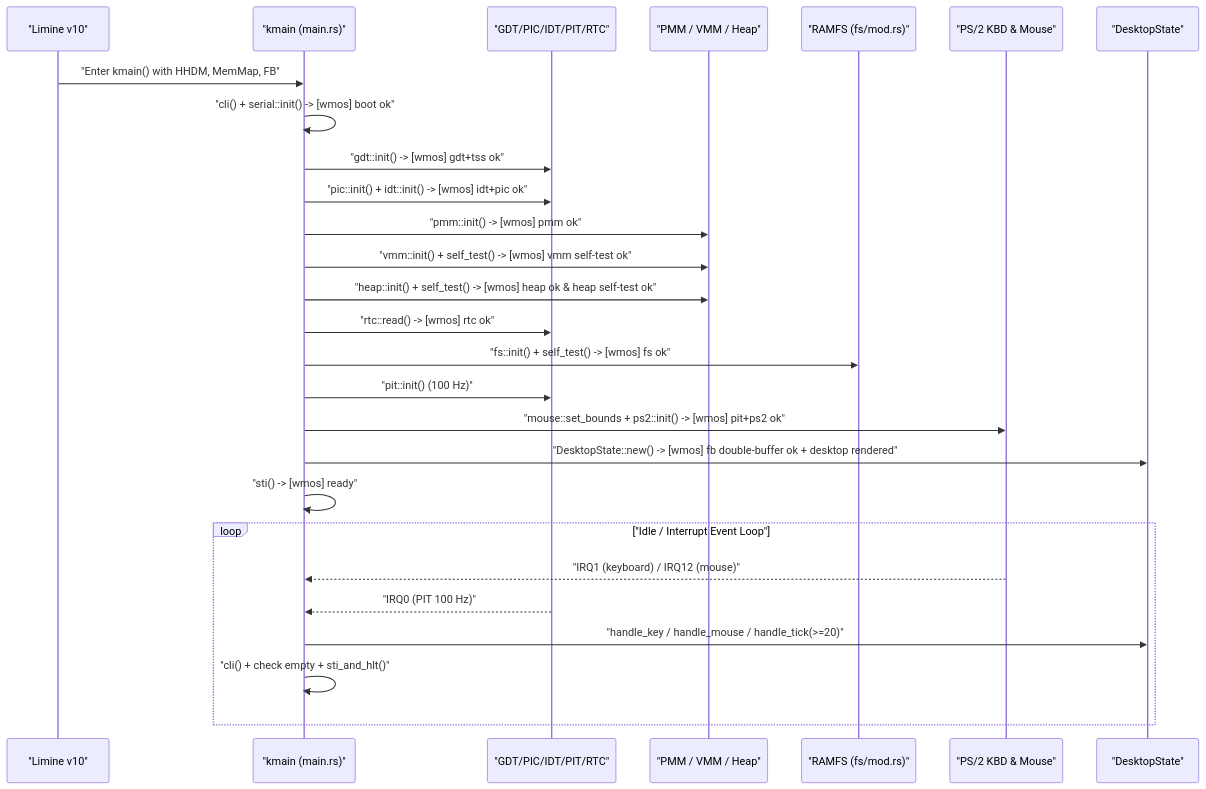
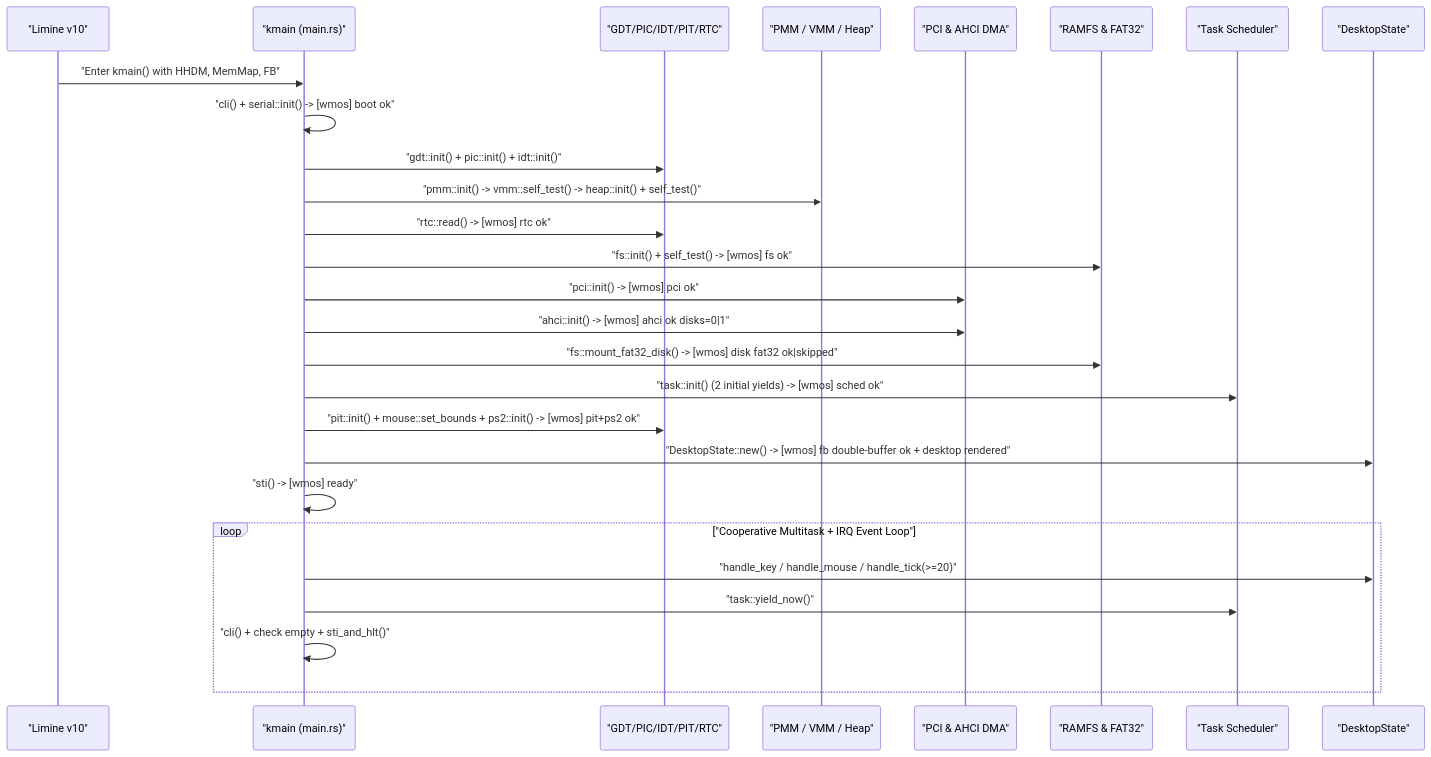
Before and after one commit to wmsir/wmos: the second of 2 diagrams in docs/DESIGN.md, drawn with Mermaid. The commit also changed other lines of this file and 17 other files, not shown here.

Commit message:
feat(v3.0.0): add PCI, AHCI SATA DMA, FAT32 /disk/, cooperative scheduler, themes, Files app, and synced docs

````diff
--- a/docs/DESIGN.md
+++ b/docs/DESIGN.md
@@ -128,30 +135,30 @@
 ```mermaid
 sequenceDiagram
     participant Limine as "Limine v10"
     participant KMain as "kmain (main.rs)"
     participant Arch as "GDT/PIC/IDT/PIT/RTC"
     participant Mem as "PMM / VMM / Heap"
-    participant FS as "RAMFS (fs/mod.rs)"
-    participant PS2 as "PS/2 KBD & Mouse"
+    participant Bus as "PCI & AHCI DMA"
+    participant FS as "RAMFS & FAT32"
+    participant Task as "Task Scheduler"
     participant UI as "DesktopState"
 
     Limine->>KMain: "Enter kmain() with HHDM, MemMap, FB"
     KMain->>KMain: "cli() + serial::init() -> [wmos] boot ok"
-    KMain->>Arch: "gdt::init() -> [wmos] gdt+tss ok"
-    KMain->>Arch: "pic::init() + idt::init() -> [wmos] idt+pic ok"
-    KMain->>Mem: "pmm::init() -> [wmos] pmm ok"
-    KMain->>Mem: "vmm::init() + self_test() -> [wmos] vmm self-test ok"
-    KMain->>Mem: "heap::init() + self_test() -> [wmos] heap ok & heap self-test ok"
+    KMain->>Arch: "gdt::init() + pic::init() + idt::init()"
+    KMain->>Mem: "pmm::init() -> vmm::self_test() -> heap::init() + self_test()"
     KMain->>Arch: "rtc::read() -> [wmos] rtc ok"
     KMain->>FS: "fs::init() + self_test() -> [wmos] fs ok"
-    KMain->>Arch: "pit::init() (100 Hz)"
-    KMain->>PS2: "mouse::set_bounds + ps2::init() -> [wmos] pit+ps2 ok"
+    KMain->>Bus: "pci::init() -> [wmos] pci ok"
+    KMain->>Bus: "ahci::init() -> [wmos] ahci ok disks=0|1"
+    KMain->>FS: "fs::mount_fat32_disk() -> [wmos] disk fat32 ok|skipped"
+    KMain->>Task: "task::init() (2 initial yields) -> [wmos] sched ok"
+    KMain->>Arch: "pit::init() + mouse::set_bounds + ps2::init() -> [wmos] pit+ps2 ok"
     KMain->>UI: "DesktopState::new() -> [wmos] fb double-buffer ok + desktop rendered"
     KMain->>KMain: "sti() -> [wmos] ready"
-    loop "Idle / Interrupt Event Loop"
-        PS2-->>KMain: "IRQ1 (keyboard) / IRQ12 (mouse)"
-        Arch-->>KMain: "IRQ0 (PIT 100 Hz)"
+    loop "Cooperative Multitask + IRQ Event Loop"
         KMain->>UI: "handle_key / handle_mouse / handle_tick(>=20)"
+        KMain->>Task: "task::yield_now()"
         KMain->>KMain: "cli() + check empty + sti_and_hlt()"
     end
 ```
````
